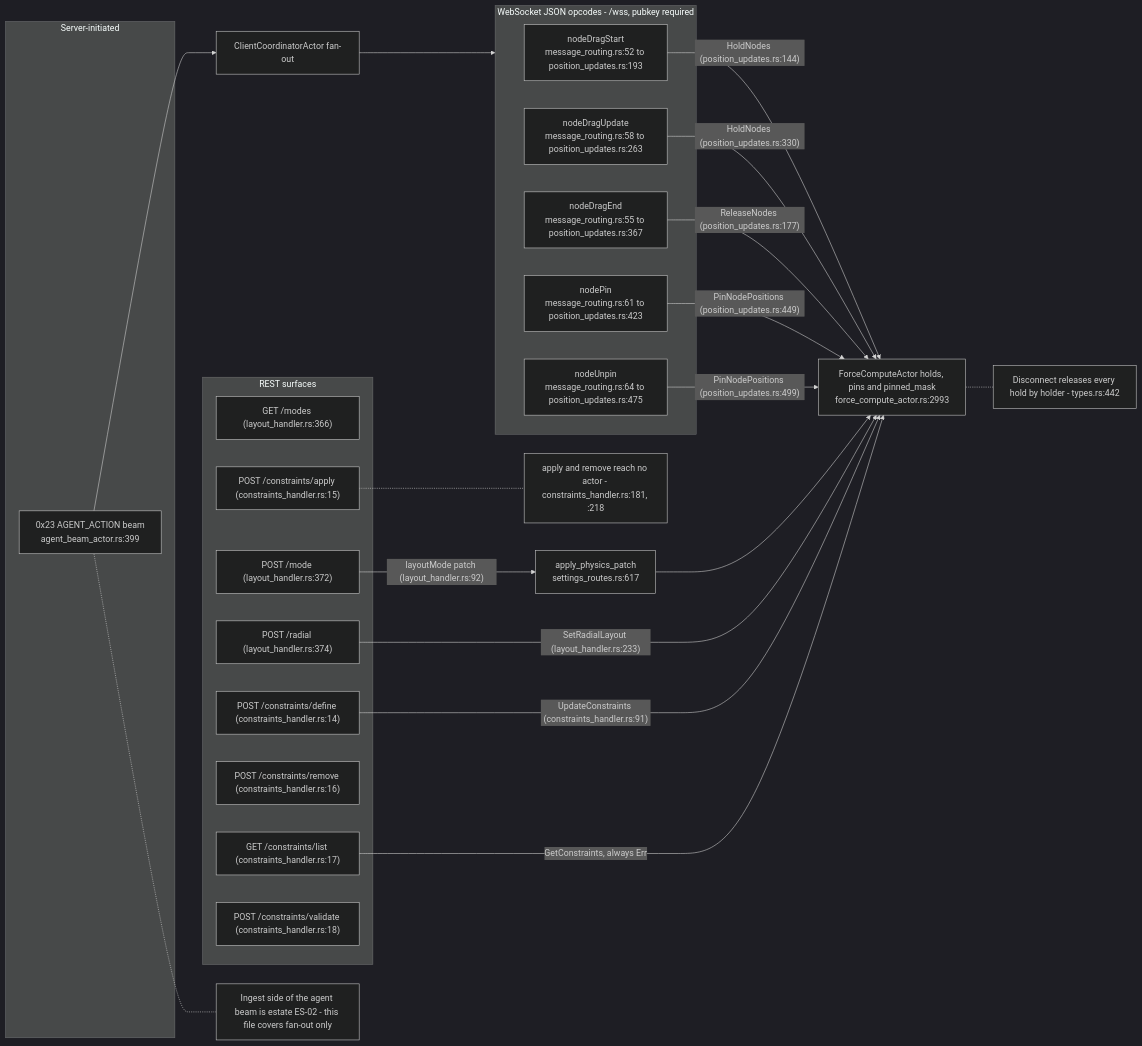
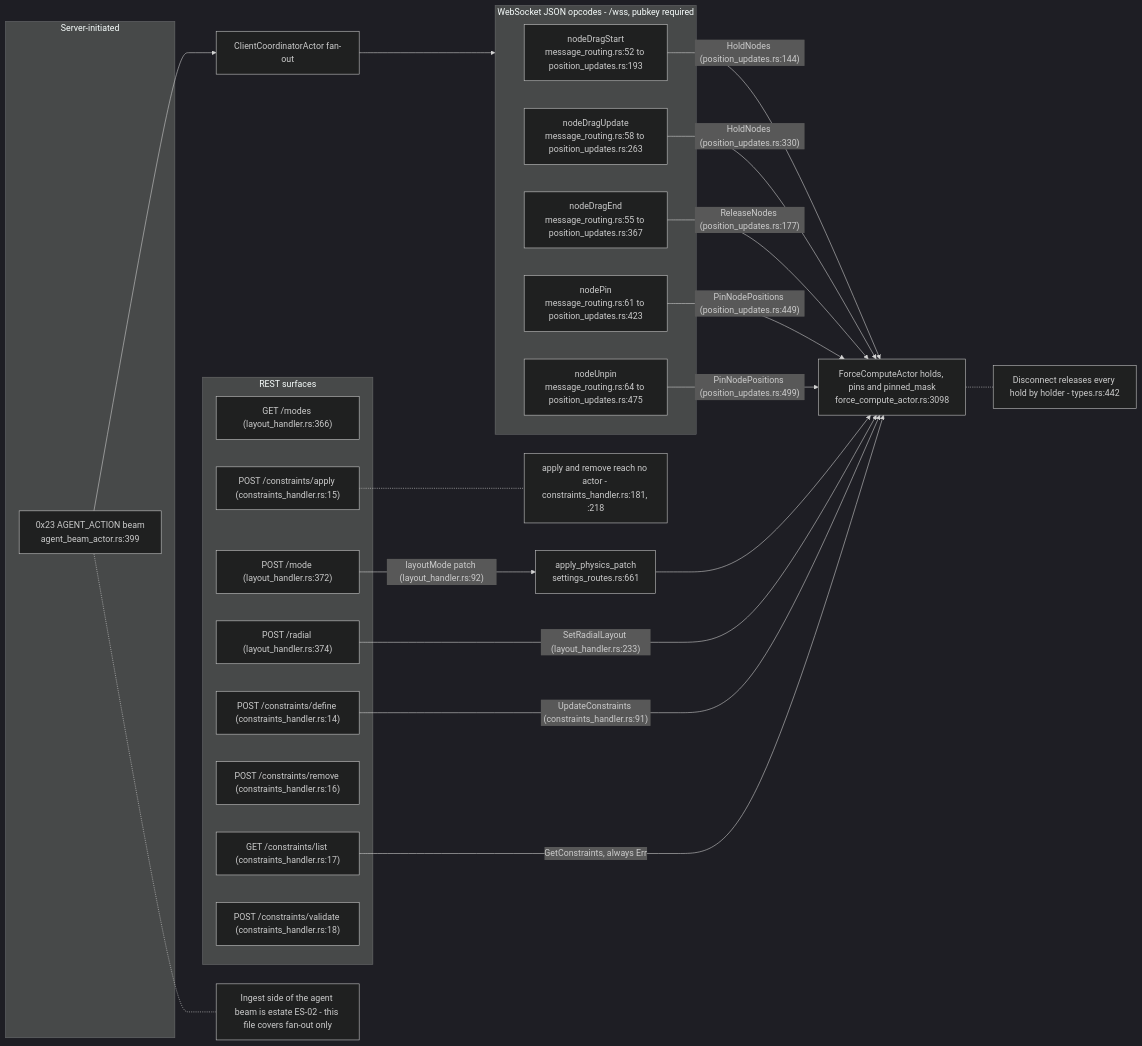
The seventh of 8 diagrams in docs/diagrams/visionclaw/16-interaction-drag-pin-layout.md (DreamLab-AI/VisionFlow), drawn with Mermaid (dark theme) before and after one commit. The commit also changed other lines of this file and 81 other files, not shown here.

First line of the commit message:
docs(diagrams): roll VisionClaw topics to main 010e1109b (PR 37 and 38 merged); fix remaining prose citations

````diff
--- a/docs/diagrams/visionclaw/16-interaction-drag-pin-layout.md
+++ b/docs/diagrams/visionclaw/16-interaction-drag-pin-layout.md
@@ -262,46 +262,46 @@
 ```mermaid
 flowchart LR
     subgraph WSOPS["WebSocket JSON opcodes - /wss, pubkey required"]
         D1["nodeDragStart<br/>message_routing.rs:52 to position_updates.rs:193"]
         D2["nodeDragEnd<br/>message_routing.rs:55 to position_updates.rs:367"]
         D3["nodeDragUpdate<br/>message_routing.rs:58 to position_updates.rs:263"]
         D5["nodePin<br/>message_routing.rs:61 to position_updates.rs:423"]
         D4["nodeUnpin<br/>message_routing.rs:64 to position_updates.rs:475"]
     end
     subgraph REST["REST surfaces"]
         L1["GET /modes (layout_handler.rs:366)"]
         L2["POST /mode (layout_handler.rs:372)"]
         L3["POST /radial (layout_handler.rs:374)"]
         K1["POST /constraints/define (constraints_handler.rs:14)"]
         K2["POST /constraints/apply (constraints_handler.rs:15)"]
         K3["POST /constraints/remove (constraints_handler.rs:16)"]
         K4["GET /constraints/list (constraints_handler.rs:17)"]
         K5["POST /constraints/validate (constraints_handler.rs:18)"]
     end
     subgraph SRVPUSH["Server-initiated"]
         B1["0x23 AGENT_ACTION beam<br/>agent_beam_actor.rs:399"]
     end
-    GPU["ForceComputeActor holds, pins and pinned_mask<br/>force_compute_actor.rs:2993"]
-    STORE["apply_physics_patch<br/>settings_routes.rs:617"]
+    GPU["ForceComputeActor holds, pins and pinned_mask<br/>force_compute_actor.rs:3098"]
+    STORE["apply_physics_patch<br/>settings_routes.rs:661"]
     CC["ClientCoordinatorActor fan-out"]
 
     D1 -->|"HoldNodes (position_updates.rs:144)"| GPU
     D3 -->|"HoldNodes (position_updates.rs:330)"| GPU
     D2 -->|"ReleaseNodes (position_updates.rs:177)"| GPU
     D5 -->|"PinNodePositions (position_updates.rs:449)"| GPU
     D4 -->|"PinNodePositions (position_updates.rs:499)"| GPU
     L2 -->|"layoutMode patch (layout_handler.rs:92)"| STORE
     STORE --> GPU
     L3 -->|"SetRadialLayout (layout_handler.rs:233)"| GPU
     K1 -->|"UpdateConstraints (constraints_handler.rs:91)"| GPU
     K4 -->|"GetConstraints, always Err"| GPU
     B1 --> CC
     CC --> WSOPS
 
     N1["Disconnect releases every hold by holder - types.rs:442"]
     N2["apply and remove reach no actor - constraints_handler.rs:181, :218"]
     N3["Ingest side of the agent beam is estate ES-02 - this file covers fan-out only"]
     GPU -.- N1
     K2 -.- N2
     B1 -.- N3
 ```
````
